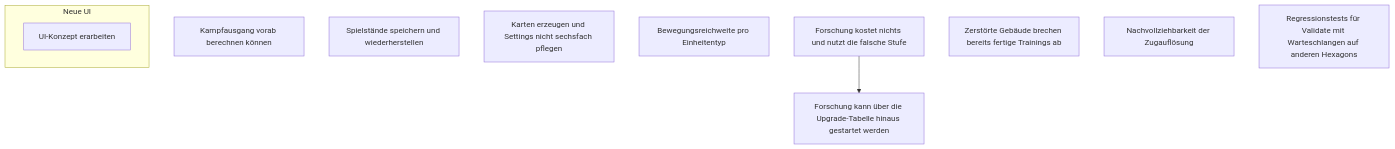
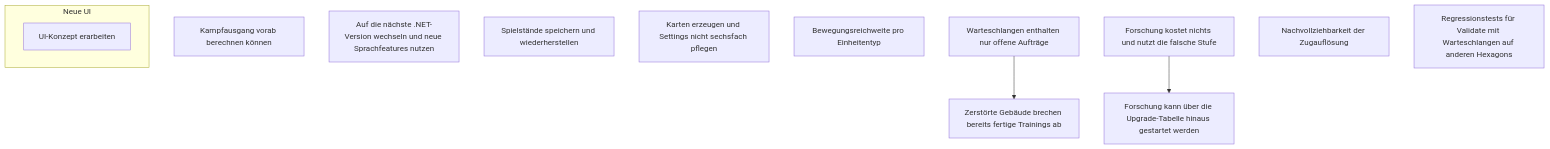
Before and after one commit to jasdefer/Simulturn: the diagram in views/dependencies.md, drawn with Mermaid. The commit also changed 15 other files, not shown here.

First line of the commit message:
Fix double refund after building loss and keep only pending work in the queues (#11)

````diff
--- a/views/dependencies.md
+++ b/views/dependencies.md
@@ -5,16 +5,19 @@
 ```mermaid
 flowchart TD
     combat-forecast-core["Kampfausgang vorab berechnen können"]
+    dotnet-upgrade-and-union-types["Auf die nächste .NET-Version wechseln und neue Sprachfeatures nutzen"]
     game-persistence["Spielstände speichern und wiederherstellen"]
     map-generator-and-default-settings["Karten erzeugen und Settings nicht sechsfach pflegen"]
     movement-range["Bewegungsreichweite pro Einheitentyp"]
+    pending-only-queues["Warteschlangen enthalten nur offene Aufträge"]
     research-cost-and-duration["Forschung kostet nichts und nutzt die falsche Stufe"]
     research-level-validation["Forschung kann über die Upgrade-Tabelle hinaus gestartet werden"]
     training-cancellation-after-completion["Zerstörte Gebäude brechen bereits fertige Trainings ab"]
     turn-report["Nachvollziehbarkeit der Zugauflösung"]
     subgraph ui ["Neue UI"]
         ui-concept["UI-Konzept erarbeiten"]
     end
     validate-regression-tests["Regressionstests für Validate mit Warteschlangen auf anderen Hexagons"]
+    pending-only-queues --> training-cancellation-after-completion
     research-cost-and-duration --> research-level-validation
 ```
````
